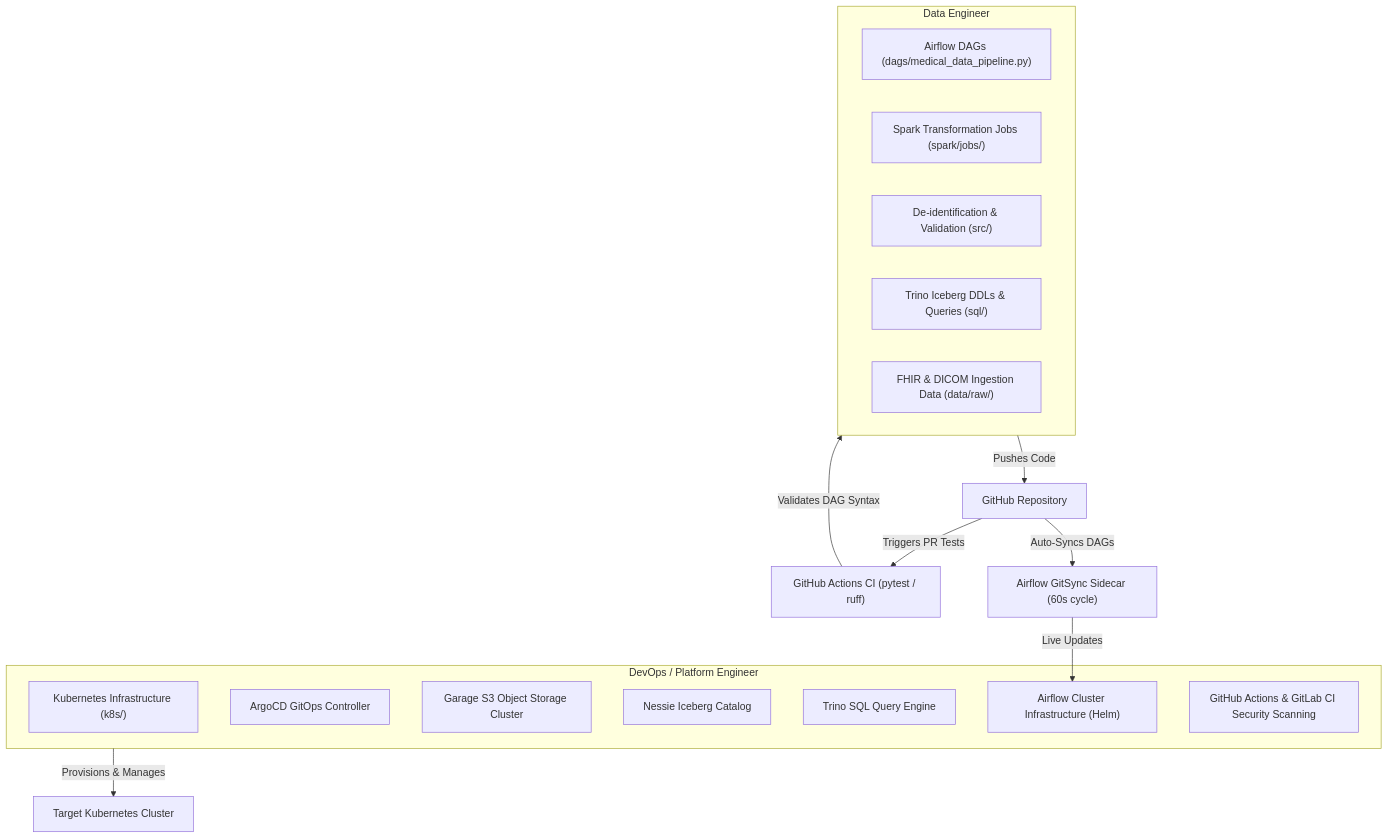
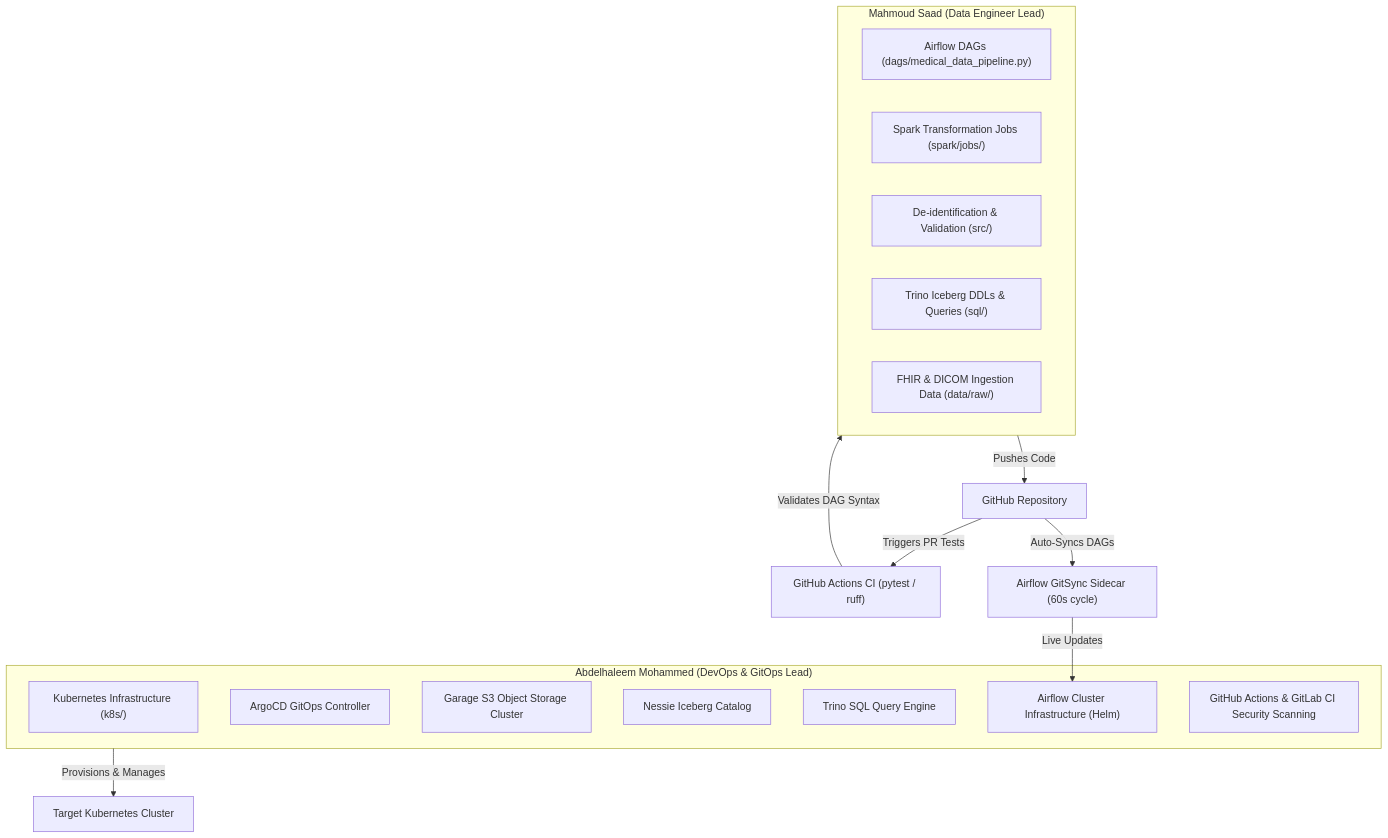
The diagram in docs/DATAOPS_COLLABORATION.md (Haleimo/medical-lakehouse-platform), drawn with Mermaid before and after one commit. The commit also changed other lines of this file and 4 other files, not shown here.

Commit message:
docs: add authors section and detailed work breakdown for Abdelhaleem Mohammed & Mahmoud Saad

````diff
--- a/docs/DATAOPS_COLLABORATION.md
+++ b/docs/DATAOPS_COLLABORATION.md
@@ -11,29 +11,29 @@
 ```mermaid
 graph TD
-    subgraph DevOps_Domain["DevOps / Platform Engineer"]
+    subgraph DevOps_Domain["Abdelhaleem Mohammed (DevOps & GitOps Lead)"]
         Infra["Kubernetes Infrastructure (k8s/)"]
         Argo["ArgoCD GitOps Controller"]
         S3["Garage S3 Object Storage Cluster"]
         Nessie["Nessie Iceberg Catalog"]
         Trino["Trino SQL Query Engine"]
         AirflowInfra["Airflow Cluster Infrastructure (Helm)"]
         CI_Pipelines["GitHub Actions & GitLab CI Security Scanning"]
     end
 
-    subgraph DE_Domain["Data Engineer"]
+    subgraph DE_Domain["Mahmoud Saad (Data Engineer Lead)"]
         DAGs["Airflow DAGs (dags/medical_data_pipeline.py)"]
         SparkJobs["Spark Transformation Jobs (spark/jobs/)"]
         Transformations["De-identification & Validation (src/)"]
         SQL["Trino Iceberg DDLs & Queries (sql/)"]
         DataUpload["FHIR & DICOM Ingestion Data (data/raw/)"]
     end
 
     DevOps_Domain -->|Provisions & Manages| Cluster["Target Kubernetes Cluster"]
     DE_Domain -->|Pushes Code| GitHub["GitHub Repository"]
 
     GitHub -->|Triggers PR Tests| GHA["GitHub Actions CI (pytest / ruff)"]
     GHA -->|Validates DAG Syntax| DE_Domain
 
     GitHub -->|Auto-Syncs DAGs| AirflowGitSync["Airflow GitSync Sidecar (60s cycle)"]
     AirflowGitSync -->|Live Updates| AirflowInfra
 ```
````
